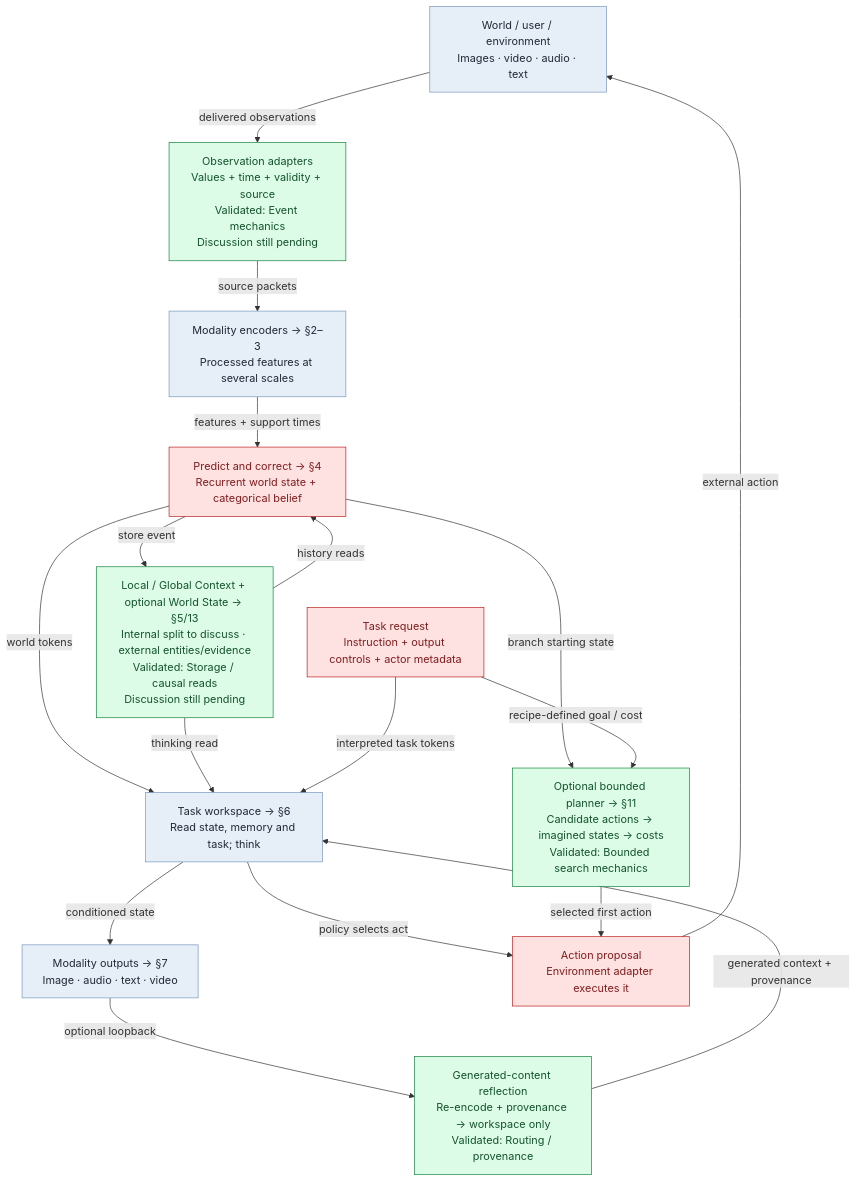
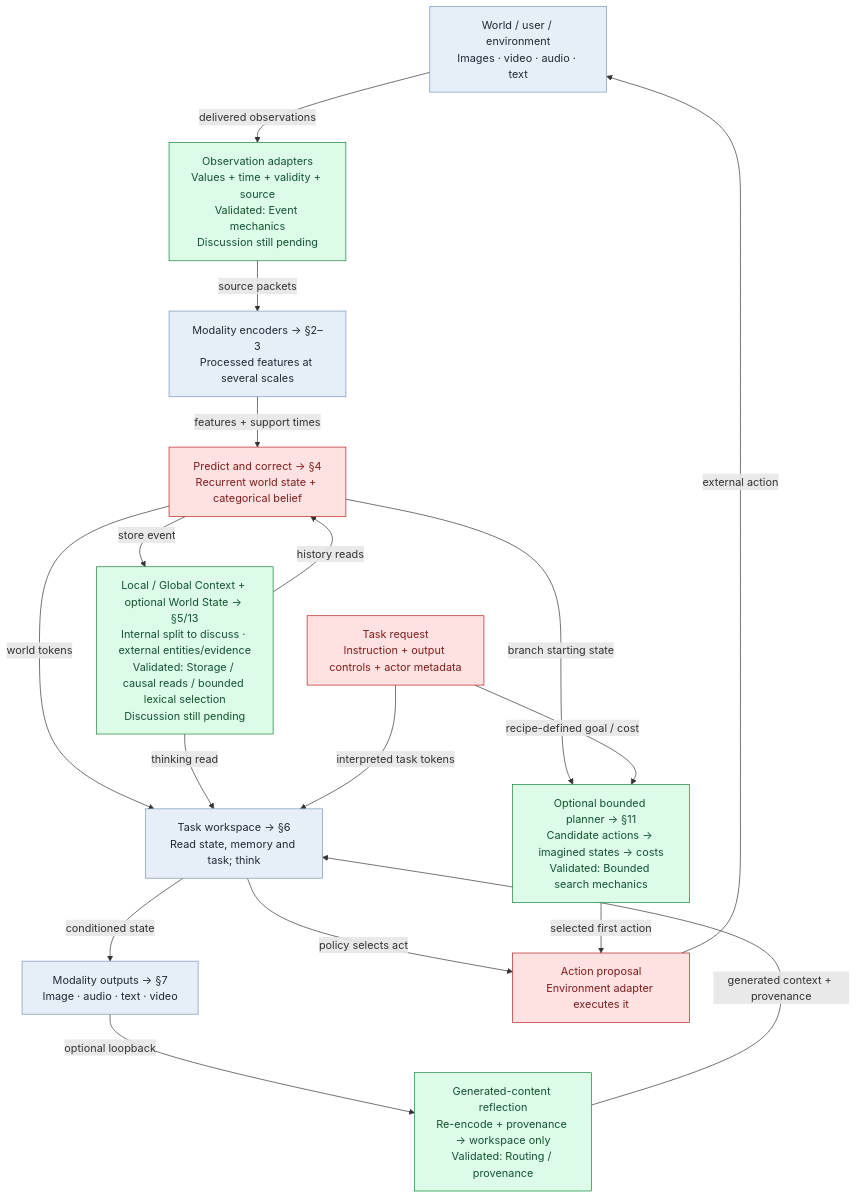
One commit to intrinsicD/path-wm changed the first of 17 diagrams in docs/architecture-atlas.md. Above: the diagram before and after it, drawn with Mermaid. The commit also changed other lines of this file and 21 other files, not shown here.

Commit message:
Implement bounded context retrieval with two-seed learning and regression evidence

````diff
--- a/docs/architecture-atlas.md
+++ b/docs/architecture-atlas.md
@@ -39,44 +39,44 @@
 ```mermaid
 flowchart TB
     world["World / user / environment<br/>Images · video · audio · text"]
     class world discussion_discussed;
     input["Observation adapters<br/>Values + time + validity + source<br/>Validated: Event mechanics<br/>Discussion still pending"]
     class input discussion_validated;
     encode["Modality encoders → §2–3<br/>Processed features at several scales"]
     class encode discussion_discussed;
     belief["Predict and correct → §4<br/>Recurrent world state + categorical belief"]
     class belief discussion_needs_discussion;
-    memory["Local / Global Context + optional World State → §5/13<br/>Internal split to discuss · external entities/evidence<br/>Validated: Storage / causal reads<br/>Discussion still pending"]
+    memory["Local / Global Context + optional World State → §5/13<br/>Internal split to discuss · external entities/evidence<br/>Validated: Storage / causal reads / bounded lexical selection<br/>Discussion still pending"]
     class memory discussion_validated;
     workspace["Task workspace → §6<br/>Read state, memory and task; think"]
     class workspace discussion_discussed;
     request["Task request<br/>Instruction + output controls + actor metadata"]
     class request discussion_needs_discussion;
     plan["Optional bounded planner → §11<br/>Candidate actions → imagined states → costs<br/>Validated: Bounded search mechanics"]
     class plan discussion_validated;
     emit["Modality outputs → §7<br/>Image · audio · text · video"]
     class emit discussion_discussed;
     act["Action proposal<br/>Environment adapter executes it"]
     class act discussion_needs_discussion;
     reflect["Generated-content reflection<br/>Re-encode + provenance → workspace only<br/>Validated: Routing / provenance"]
     class reflect discussion_validated;
     world -->|"delivered observations"| input
     input -->|"source packets"| encode
     encode -->|"features + support times"| belief
     belief -->|"store event"| memory
     memory -->|"history reads"| belief
     belief -->|"world tokens"| workspace
     memory -->|"thinking read"| workspace
     request -->|"interpreted task tokens"| workspace
     workspace -->|"conditioned state"| emit
     workspace -->|"policy selects act"| act
     belief -->|"branch starting state"| plan
     request -->|"recipe-defined goal / cost"| plan
     plan -->|"selected first action"| act
     act -->|"external action"| world
     emit -->|"optional loopback"| reflect
     reflect -->|"generated context + provenance"| workspace
     classDef discussion_discussed fill:#e6eef8,stroke:#7696bc,color:#202a36;
     classDef discussion_needs_discussion fill:#fee2e2,stroke:#b91c1c,color:#7f1d1d;
     classDef discussion_validated fill:#dcfce7,stroke:#15803d,color:#14532d;
 ```
````
